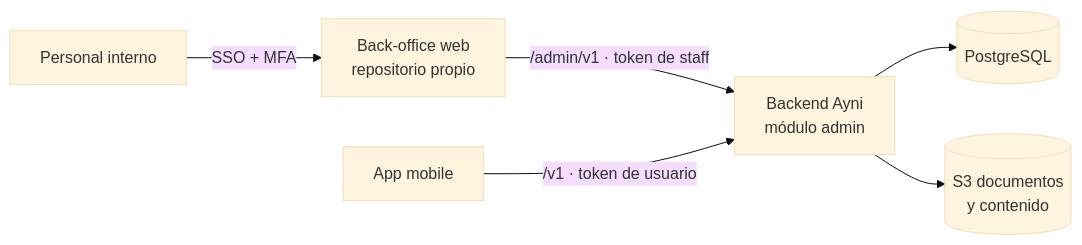
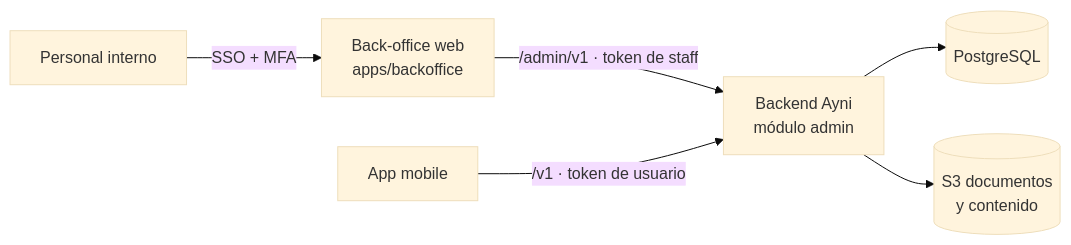
One commit to gh0st1608/fintech-ayni changed the diagram in docs/backoffice-plan.md. Above: the diagram before and after it, drawn with Mermaid (base theme). The commit also changed other lines of this file and 49 other files, not shown here.

First line of the commit message:
feat(backoffice): mueve el front del back-office al monorepo en apps/backoffice

````diff
--- a/docs/backoffice-plan.md
+++ b/docs/backoffice-plan.md
@@ -57,8 +57,8 @@
 ```mermaid
 flowchart LR
-  staff[Personal interno] -->|SSO + MFA| bo[Back-office web<br/>repositorio propio]
+  staff[Personal interno] -->|SSO + MFA| bo[Back-office web<br/>apps/backoffice]
   bo -->|/admin/v1 · token de staff| api[Backend Ayni<br/>módulo admin]
   app[App mobile] -->|/v1 · token de usuario| api
   api --> db[(PostgreSQL)]
   api --> s3[(S3 documentos<br/>y contenido)]
 ```
````
